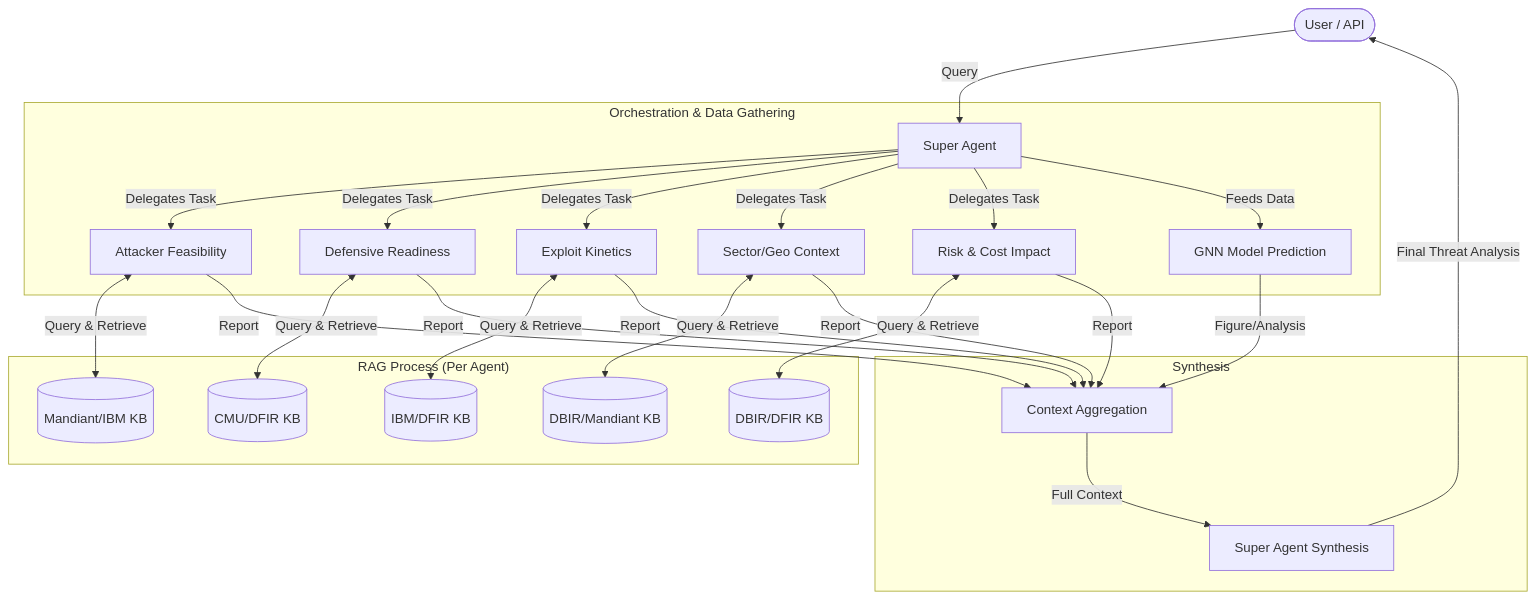
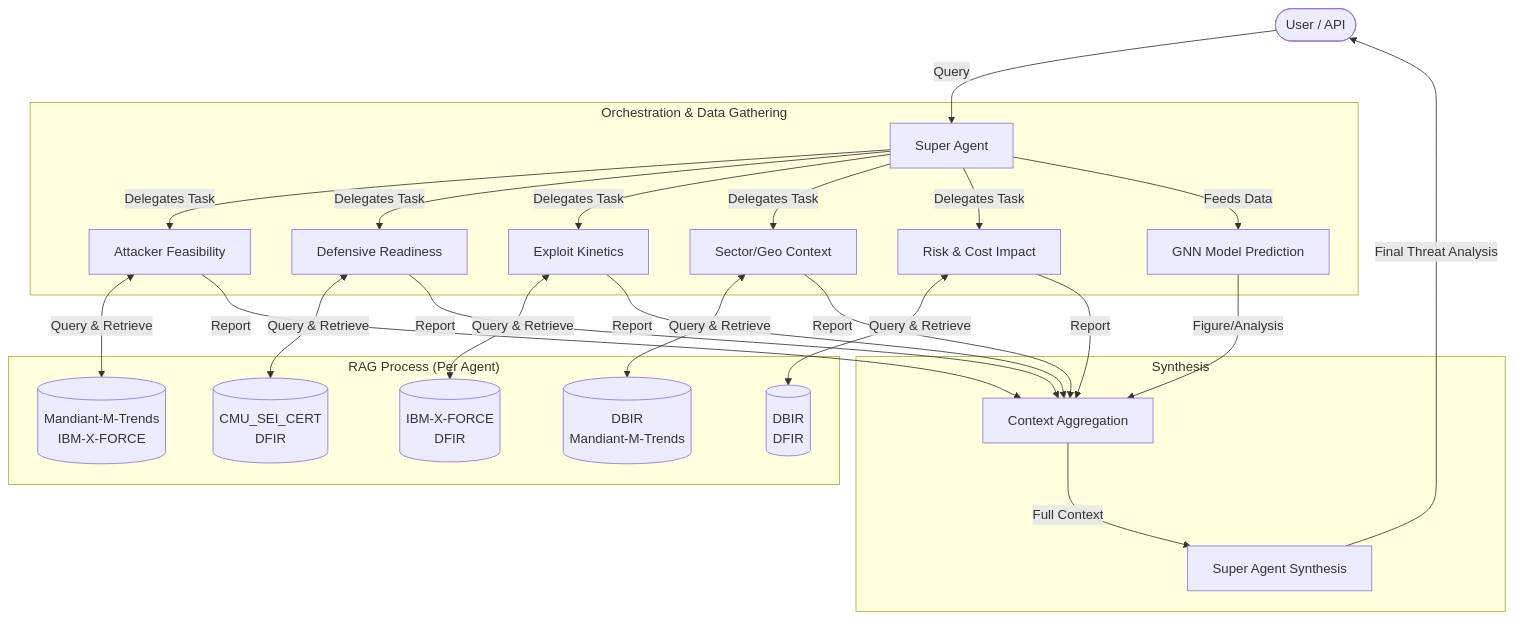
Before and after one commit to mgcha85/swu-cyber-security-agent-go: the diagram in agent.md, drawn with Mermaid.

Commit message:
docs: sync agent.md mermaid kbs with config.yaml

````diff
--- a/agent.md
+++ b/agent.md
@@ -22,35 +22,35 @@
 ```mermaid
 graph TD
     User([User / API]) -->|Query| SA[Super Agent]
     
     subgraph "Orchestration & Data Gathering"
         SA -->|Delegates Task| RA1[Attacker Feasibility]
         SA -->|Delegates Task| RA2[Defensive Readiness]
         SA -->|Delegates Task| RA3[Exploit Kinetics]
         SA -->|Delegates Task| RA4[Sector/Geo Context]
         SA -->|Delegates Task| RA5[Risk & Cost Impact]
         
         SA -->|Feeds Data| GNN[GNN Model Prediction]
     end
     
     subgraph "RAG Process (Per Agent)"
-        RA1 <-->|Query & Retrieve| KB1[(Mandiant/IBM KB)]
-        RA2 <-->|Query & Retrieve| KB2[(CMU/DFIR KB)]
-        RA3 <-->|Query & Retrieve| KB3[(IBM/DFIR KB)]
-        RA4 <-->|Query & Retrieve| KB4[(DBIR/Mandiant KB)]
-        RA5 <-->|Query & Retrieve| KB5[(DBIR/DFIR KB)]
+        RA1 <-->|Query & Retrieve| KB1[("Mandiant-M-Trends<br/>IBM-X-FORCE")]
+        RA2 <-->|Query & Retrieve| KB2[("CMU_SEI_CERT<br/>DFIR")]
+        RA3 <-->|Query & Retrieve| KB3[("IBM-X-FORCE<br/>DFIR")]
+        RA4 <-->|Query & Retrieve| KB4[("DBIR<br/>Mandiant-M-Trends")]
+        RA5 <-->|Query & Retrieve| KB5[("DBIR<br/>DFIR")]
     end
     
     subgraph "Synthesis"
         RA1 -->|Report| Aggregator
         RA2 -->|Report| Aggregator
         RA3 -->|Report| Aggregator
         RA4 -->|Report| Aggregator
         RA5 -->|Report| Aggregator
         GNN -->|Figure/Analysis| Aggregator
         
         Aggregator[Context Aggregation] -->|Full Context| SA_Final[Super Agent Synthesis]
     end
     
     SA_Final -->|Final Threat Analysis| User
 ```
````
